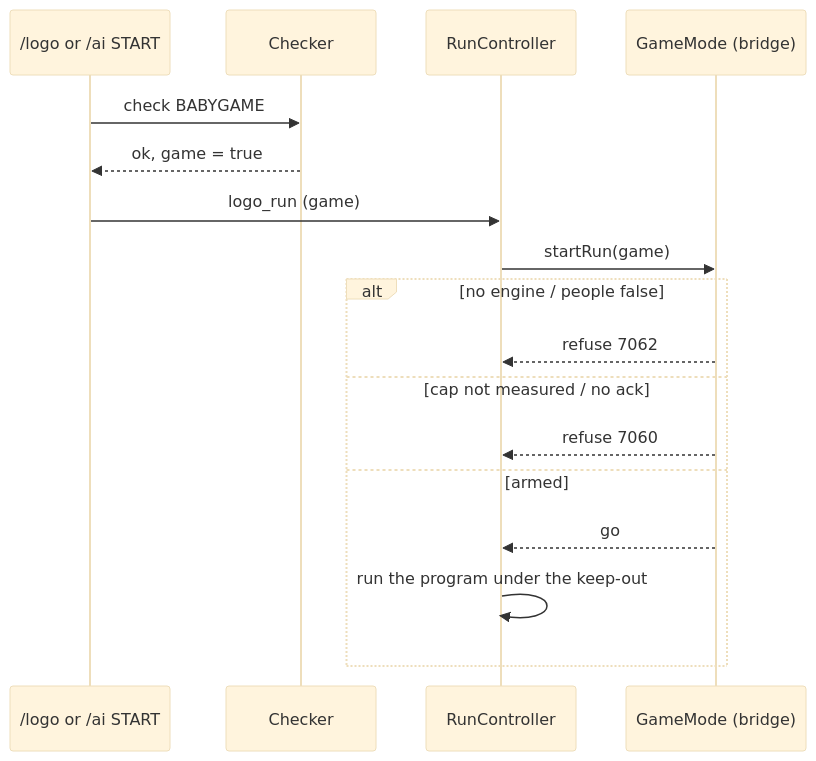
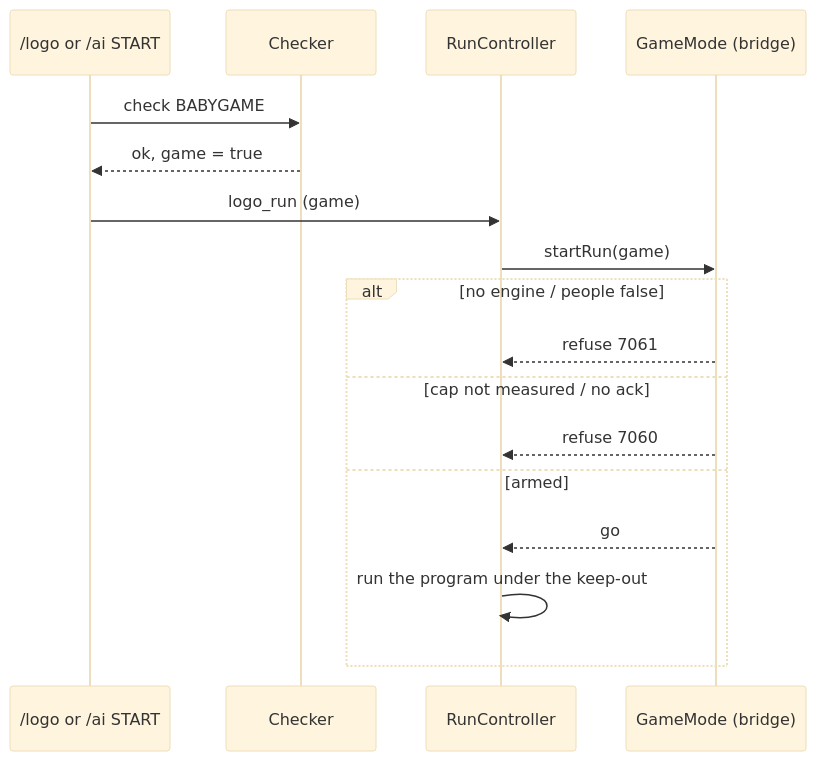
Diagram 29 of 29 in docs/lld/tank-logo-lld.md (mannuray/conqueror), drawn with Mermaid (base theme) before and after one commit. The commit also changed other lines of this file and 4 other files, not shown here.

````diff
--- a/docs/lld/tank-logo-lld.md
+++ b/docs/lld/tank-logo-lld.md
@@ -1773,19 +1773,19 @@
 ```mermaid
 sequenceDiagram
     participant Pg as /logo or /ai START
     participant C as Checker
     participant R as RunController
     participant G as GameMode (bridge)
     Pg->>C: check BABYGAME
     C-->>Pg: ok, game = true
     Pg->>R: logo_run (game)
     R->>G: startRun(game)
     alt no engine / people false
-        G-->>R: refuse 7062
+        G-->>R: refuse 7061
     else cap not measured / no ack
         G-->>R: refuse 7060
     else armed
         G-->>R: go
         R->>R: run the program under the keep-out
     end
 ```
````
